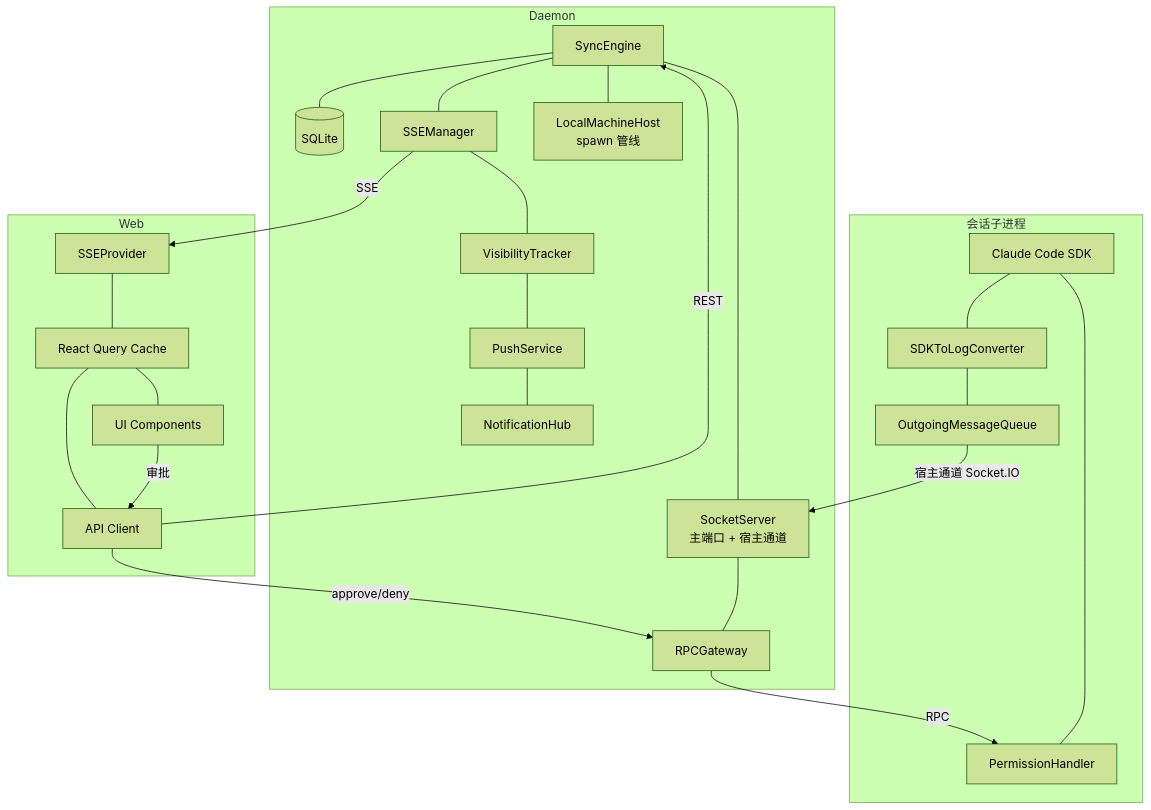
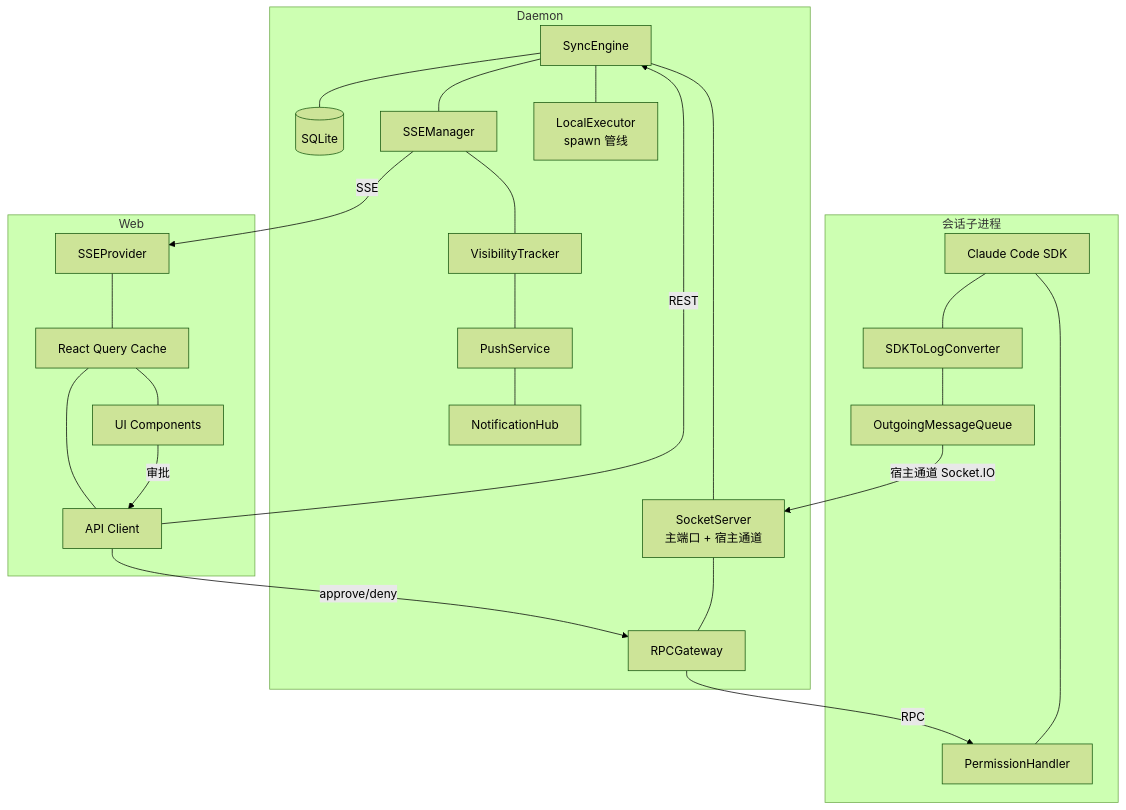
Before and after one commit to ModuBit/mobi: the second of 2 diagrams in docs/architecture/README.md, drawn with Mermaid (forest theme). The commit also changed other lines of this file and 86 other files, not shown here.

````diff
--- a/docs/architecture/README.md
+++ b/docs/architecture/README.md
@@ -60,30 +60,30 @@
 ```mermaid
 graph TB
     subgraph Daemon
         SE[SyncEngine] --- Store[(SQLite)]
         SE --- SSEMgr[SSEManager]
         SE --- Socket[SocketServer<br/>主端口 + 宿主通道]
         Socket --- RPC[RPCGateway]
-        SE --- Host[LocalMachineHost<br/>spawn 管线]
+        SE --- Host[LocalExecutor<br/>spawn 管线]
         SSEMgr --- Visibility[VisibilityTracker]
         Visibility --- Push[PushService]
         Push --- Notification[NotificationHub]
     end
 
     subgraph 会话子进程
         Claude[Claude Code SDK] --- Converter[SDKToLogConverter]
         Converter --- OutQueue[OutgoingMessageQueue]
         Claude --- PermHandler[PermissionHandler]
     end
 
     subgraph Web
         SSEProv[SSEProvider] --- RQC[React Query Cache]
         RQC --- UI[UI Components]
         API[API Client] --- RQC
     end
 
     OutQueue -->|"宿主通道 Socket.IO"| Socket
     SSEMgr -->|"SSE"| SSEProv
     API -->|"REST"| SE
     UI -->|"审批"| API -->|"approve/deny"| RPC -->|"RPC"| PermHandler
 ```
````
